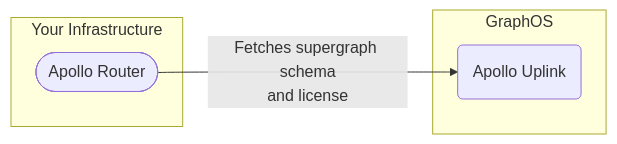
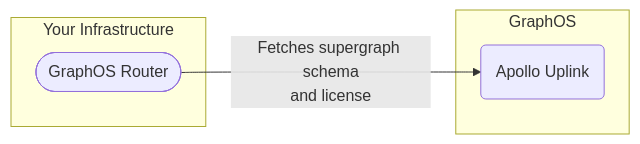
One commit to apollographql/router changed the diagram in docs/source/enterprise-features.mdx. Above: the diagram before and after it, drawn with Mermaid. The commit also changed other lines of this file and 32 other files, not shown here.

````diff
--- a/docs/source/enterprise-features.mdx
+++ b/docs/source/enterprise-features.mdx
@@ -46,10 +46,10 @@
 ```mermaid
 flowchart LR;
   subgraph "Your Infrastructure";
-  router(["Apollo Router"]);
+  router(["GraphOS Router"]);
   end;
   subgraph "GraphOS";
   uplink(Apollo Uplink)
   end;
   router--"Fetches supergraph schema<br/>and license"-->uplink;
 ```
````
